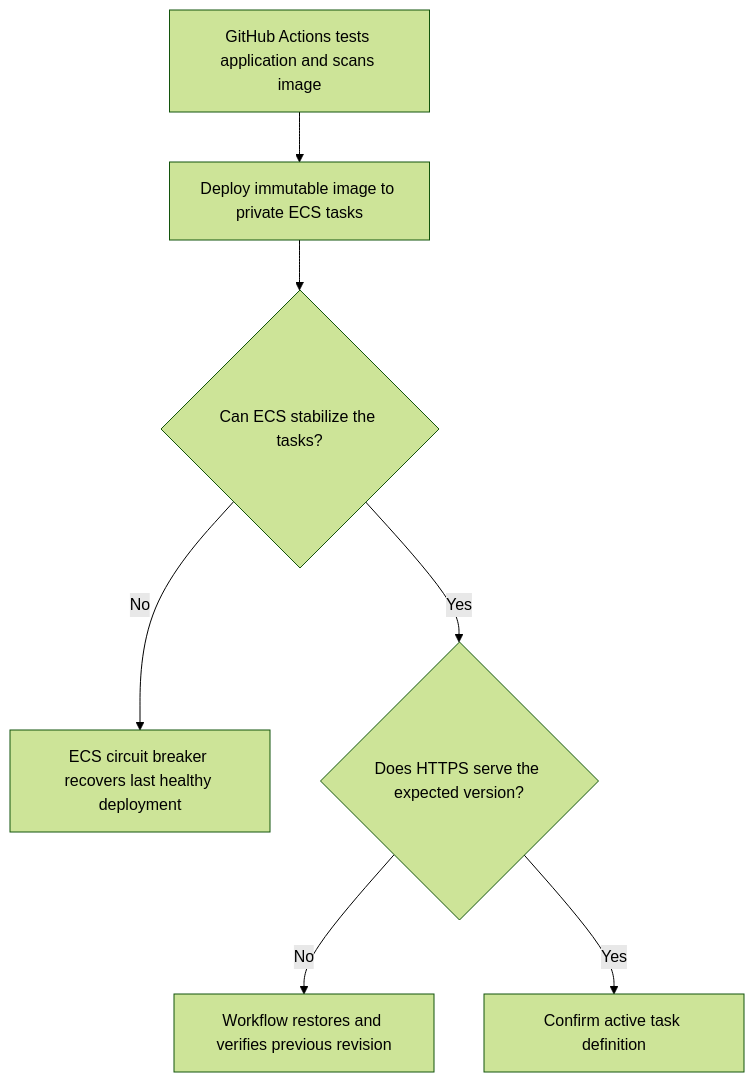
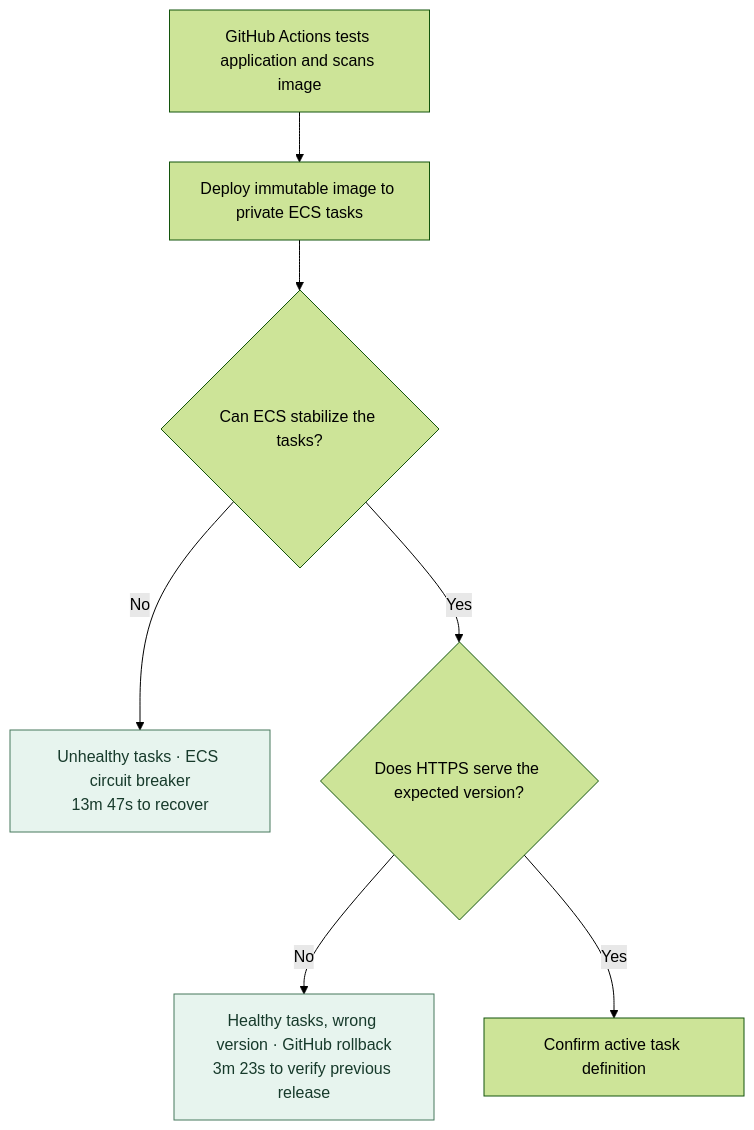
The diagram in project-2-ecs-cicd/README.md (JNHolman/RSVP-Cloud-Platform), drawn with Mermaid (forest theme) before and after one commit. The commit also changed other lines of this file and 3 other files, not shown here.

````diff
--- a/project-2-ecs-cicd/README.md
+++ b/project-2-ecs-cicd/README.md
@@ -16,9 +20,11 @@
 ```mermaid
 flowchart TD
   build["GitHub Actions tests application and scans image"] --> deploy["Deploy immutable image to private ECS tasks"]
   deploy --> stable{"Can ECS stabilize the tasks?"}
-  stable -->|No| ecs["ECS circuit breaker recovers last healthy deployment"]
+  stable -->|No| ecs["Unhealthy tasks · ECS circuit breaker<br/>13m 47s to recover"]
   stable -->|Yes| probe{"Does HTTPS serve the expected version?"}
-  probe -->|No| restore["Workflow restores and verifies previous revision"]
+  probe -->|No| restore["Healthy tasks, wrong version · GitHub rollback<br/>3m 23s to verify previous release"]
   probe -->|Yes| active["Confirm active task definition"]
+  classDef recovery fill:#e7f4ee,color:#173a2b,stroke:#47785c
+  class ecs,restore recovery
 ```
````
